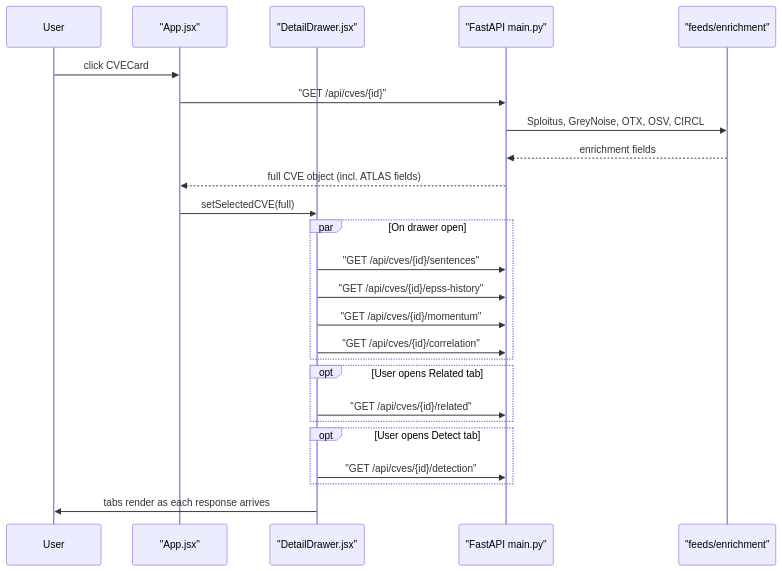
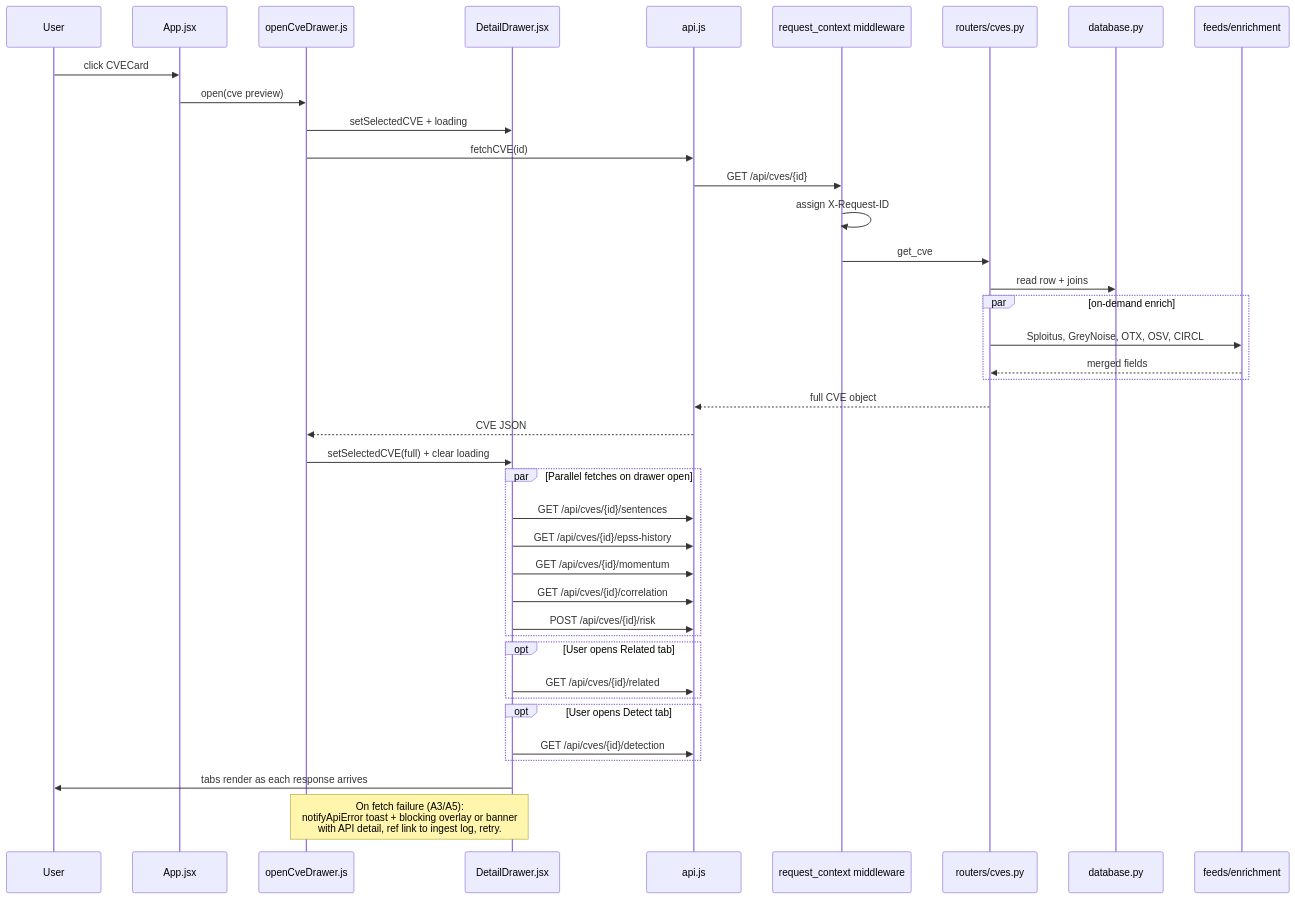
The diagram in docs/diagrams/flow_cve_detail.mermaid (Soldier0x0/briefr), drawn with Mermaid before and after one commit. The commit also changed 11 other files, not shown here.

First line of the commit message:
docs: refresh Mermaid architecture diagrams for current production state (#268)

```diff
--- a/docs/diagrams/flow_cve_detail.mermaid
+++ b/docs/diagrams/flow_cve_detail.mermaid
@@ -1,30 +1,46 @@
 sequenceDiagram
   participant User
-  participant App as "App.jsx"
-  participant Drawer as "DetailDrawer.jsx"
-  participant API as "FastAPI main.py"
-  participant Ext as "feeds/enrichment"
+  participant App as App.jsx
+  participant Ctrl as openCveDrawer.js
+  participant Drawer as DetailDrawer.jsx
+  participant APIjs as api.js
+  participant MW as request_context middleware
+  participant R as routers/cves.py
+  participant DB as database.py
+  participant Ext as feeds/enrichment
 
   User->>App: click CVECard
-  App->>API: "GET /api/cves/{id}"
-  API->>Ext: Sploitus, GreyNoise, OTX, OSV, CIRCL
-  Ext-->>API: enrichment fields
-  API-->>App: full CVE object (incl. ATLAS fields)
-  App->>Drawer: setSelectedCVE(full)
+  App->>Ctrl: open(cve preview)
+  Ctrl->>Drawer: setSelectedCVE + loading
+  Ctrl->>APIjs: fetchCVE(id)
+  APIjs->>MW: GET /api/cves/{id}
+  MW->>MW: assign X-Request-ID
+  MW->>R: get_cve
+  R->>DB: read row + joins
+  par on-demand enrich
+    R->>Ext: Sploitus, GreyNoise, OTX, OSV, CIRCL
+    Ext-->>R: merged fields
+  end
+  R-->>APIjs: full CVE object
+  APIjs-->>Ctrl: CVE JSON
+  Ctrl->>Drawer: setSelectedCVE(full) + clear loading
 
-  par On drawer open
-    Drawer->>API: "GET /api/cves/{id}/sentences"
-    Drawer->>API: "GET /api/cves/{id}/epss-history"
-    Drawer->>API: "GET /api/cves/{id}/momentum"
-    Drawer->>API: "GET /api/cves/{id}/correlation"
+  par Parallel fetches on drawer open
+    Drawer->>APIjs: GET /api/cves/{id}/sentences
+    Drawer->>APIjs: GET /api/cves/{id}/epss-history
+    Drawer->>APIjs: GET /api/cves/{id}/momentum
+    Drawer->>APIjs: GET /api/cves/{id}/correlation
+    Drawer->>APIjs: POST /api/cves/{id}/risk
   end
 
   opt User opens Related tab
-    Drawer->>API: "GET /api/cves/{id}/related"
+    Drawer->>APIjs: GET /api/cves/{id}/related
   end
 
   opt User opens Detect tab
-    Drawer->>API: "GET /api/cves/{id}/detection"
+    Drawer->>APIjs: GET /api/cves/{id}/detection
   end
 
   Drawer->>User: tabs render as each response arrives
+
+  Note over Ctrl,Drawer: On fetch failure (A3/A5):<br/>notifyApiError toast + blocking overlay or banner<br/>with API detail, ref link to ingest log, retry.
```
